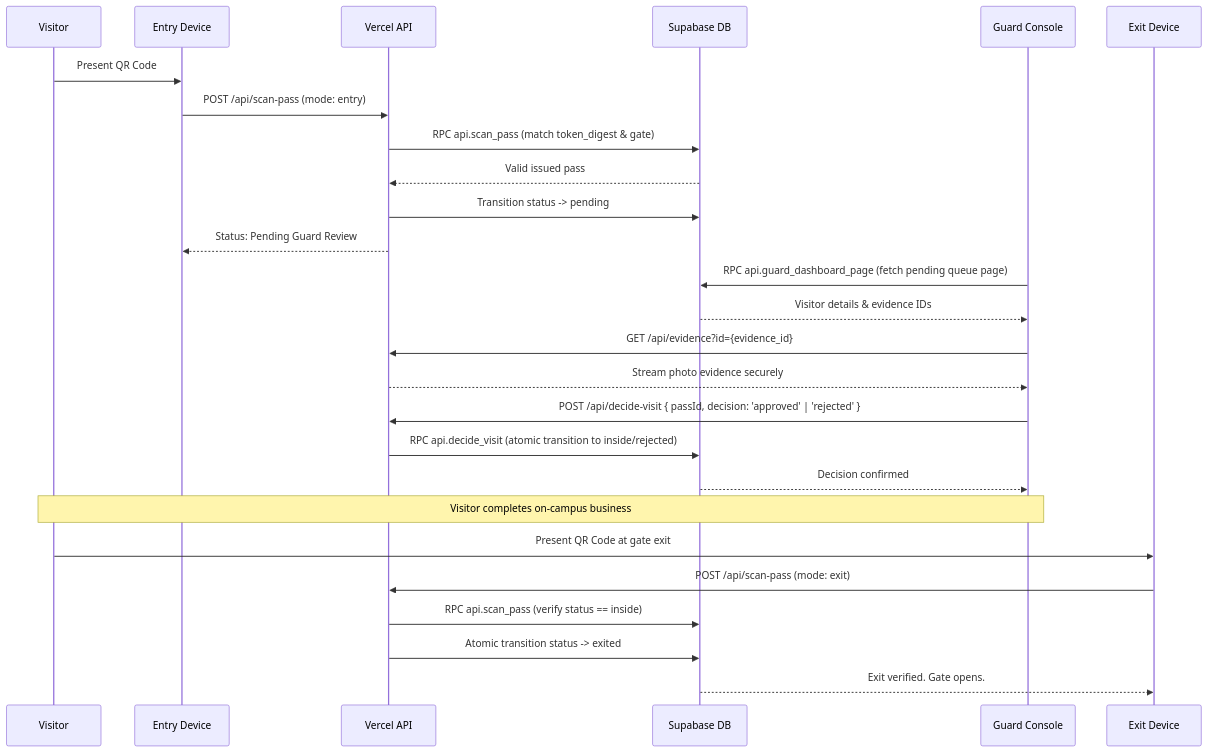
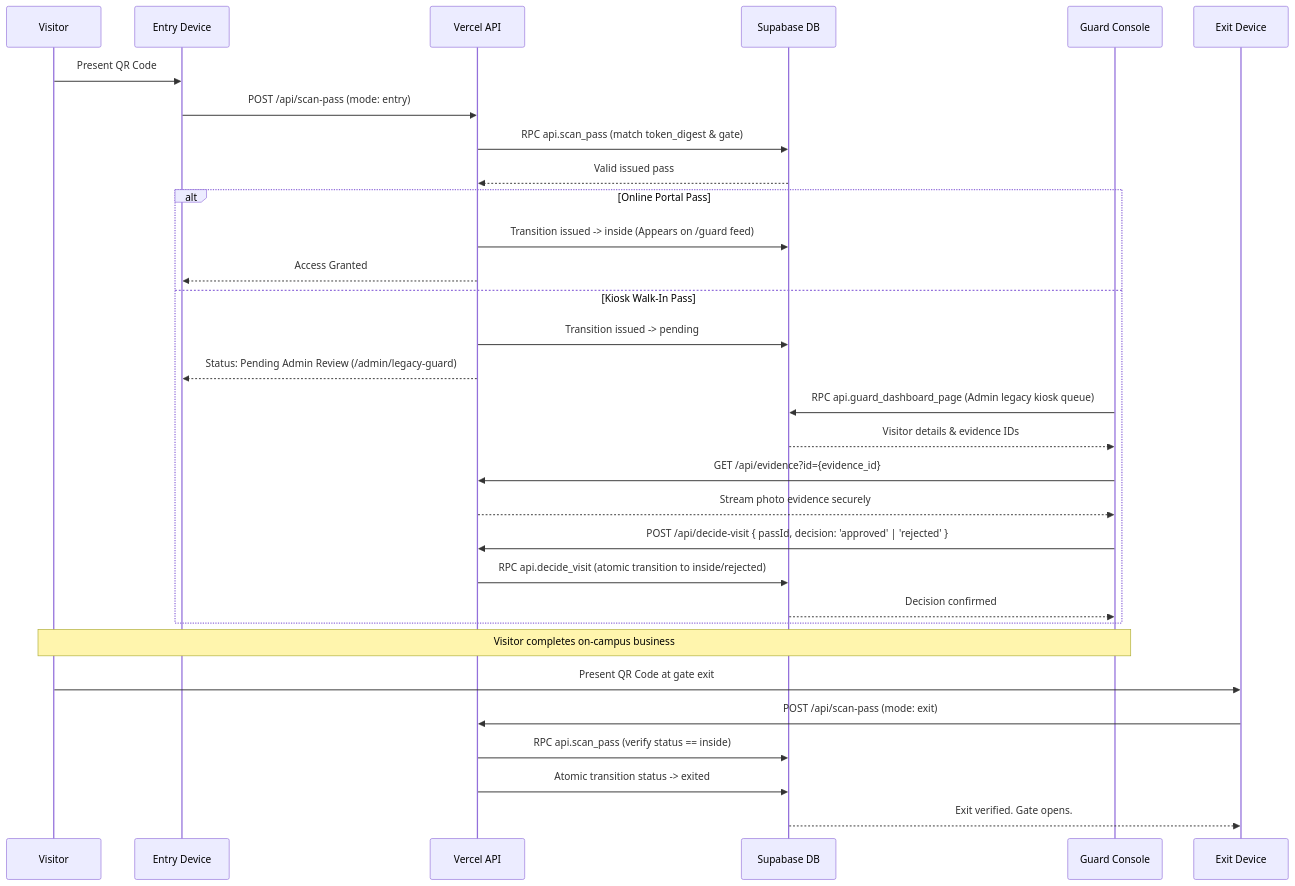
Before and after one commit to jsphhbna/egatepass: the third of 5 diagrams in docs/OPERATIONS.md, drawn with Mermaid. The commit also changed other lines of this file and 59 other files, not shown here.

````diff
--- a/docs/OPERATIONS.md
+++ b/docs/OPERATIONS.md
@@ -120,32 +120,36 @@
 ```mermaid
 sequenceDiagram
     participant V as Visitor
     participant E as Entry Device
     participant API as Vercel API
     participant DB as Supabase DB
     participant G as Guard Console
     participant X as Exit Device
 
     V->>E: Present QR Code
     E->>API: POST /api/scan-pass (mode: entry)
     API->>DB: RPC api.scan_pass (match token_digest & gate)
     DB-->>API: Valid issued pass
-    API->>DB: Transition status -> pending
-    API-->>E: Status: Pending Guard Review
-
-    G->>DB: RPC api.guard_dashboard_page (fetch pending queue page)
-    DB-->>G: Visitor details & evidence IDs
-    G->>API: GET /api/evidence?id={evidence_id}
-    API-->>G: Stream photo evidence securely
-    G->>API: POST /api/decide-visit { passId, decision: 'approved' | 'rejected' }
-    API->>DB: RPC api.decide_visit (atomic transition to inside/rejected)
-    DB-->>G: Decision confirmed
+    alt Online Portal Pass
+        API->>DB: Transition issued -> inside (Appears on /guard feed)
+        API-->>E: Access Granted
+    else Kiosk Walk-In Pass
+        API->>DB: Transition issued -> pending
+        API-->>E: Status: Pending Admin Review (/admin/legacy-guard)
+        G->>DB: RPC api.guard_dashboard_page (Admin legacy kiosk queue)
+        DB-->>G: Visitor details & evidence IDs
+        G->>API: GET /api/evidence?id={evidence_id}
+        API-->>G: Stream photo evidence securely
+        G->>API: POST /api/decide-visit { passId, decision: 'approved' | 'rejected' }
+        API->>DB: RPC api.decide_visit (atomic transition to inside/rejected)
+        DB-->>G: Decision confirmed
+    end
 
     Note over V,G: Visitor completes on-campus business
 
     V->>X: Present QR Code at gate exit
     X->>API: POST /api/scan-pass (mode: exit)
     API->>DB: RPC api.scan_pass (verify status == inside)
     API->>DB: Atomic transition status -> exited
     DB-->>X: Exit verified. Gate opens.
 ```
````
